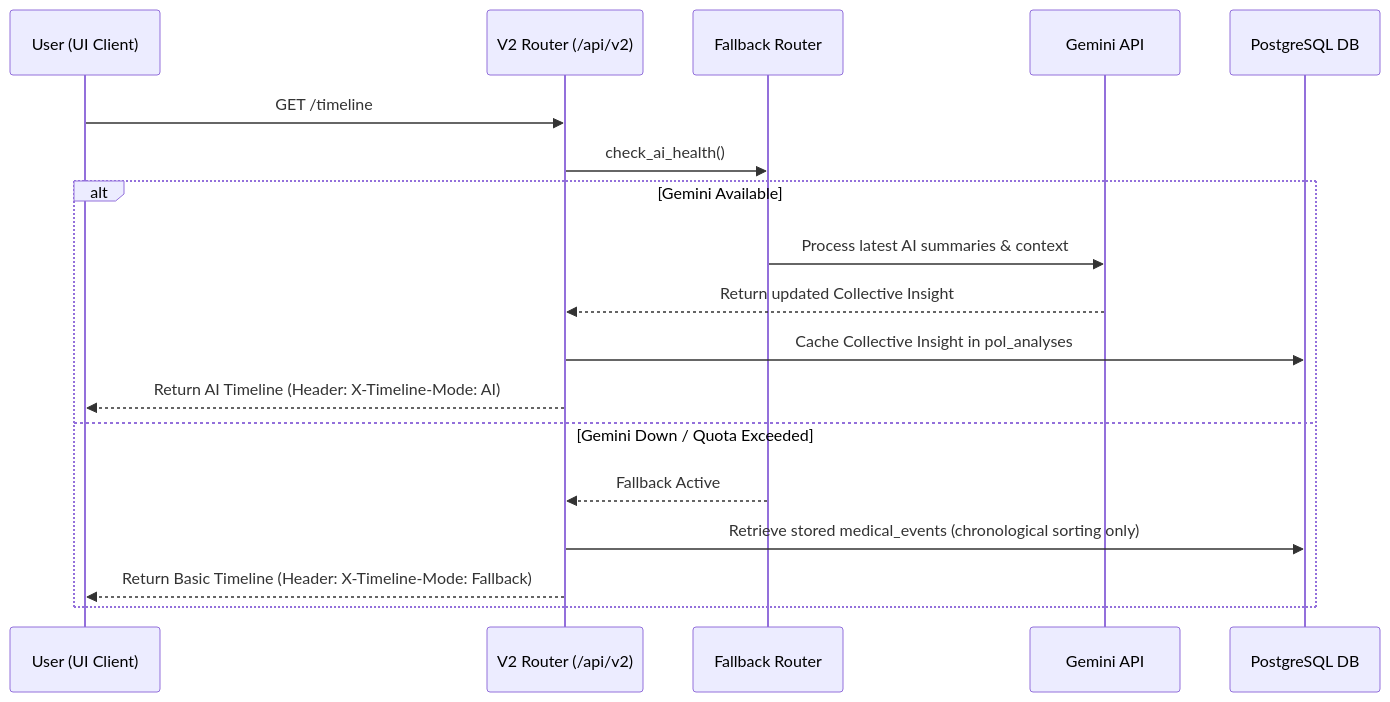
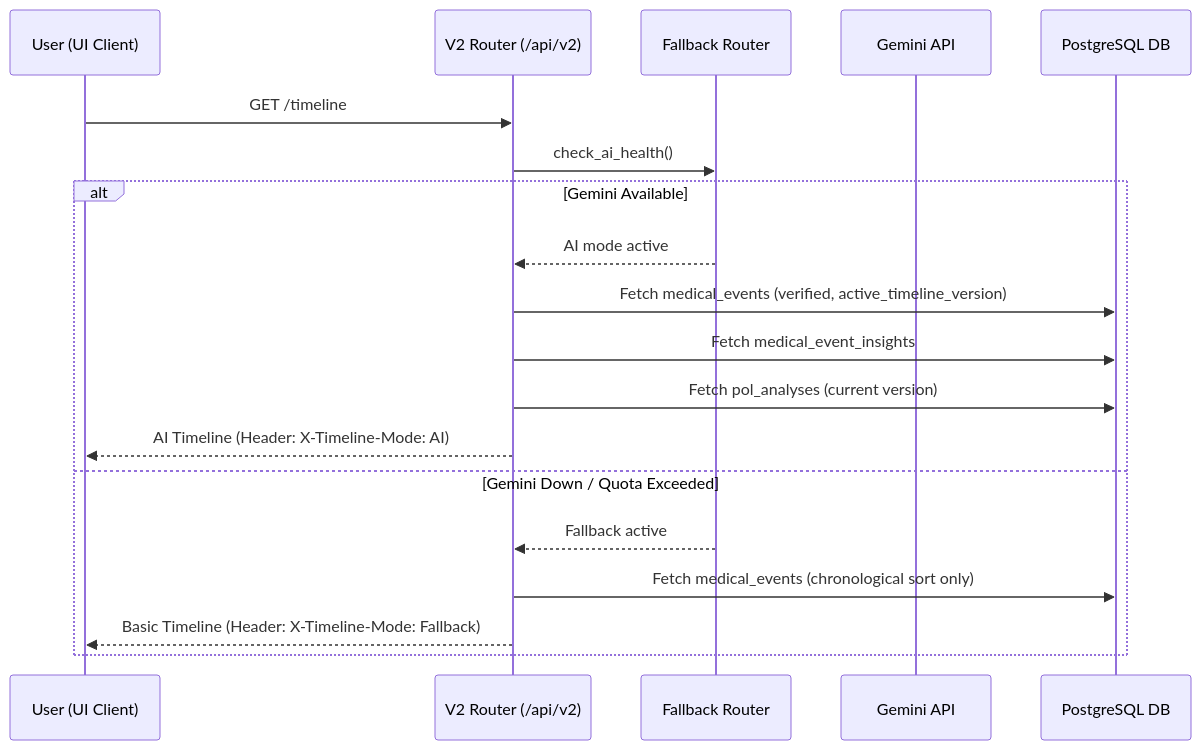
One commit to JannathBarveenR/blogreact changed the third of 4 diagrams in docs/appdocs/ai_timeline.docs/api_dbSpecs_ai_timeline.md. Above: the diagram before and after it, drawn with Mermaid. The commit also changed other lines of this file and 2 other files, not shown here.

Commit message:
updated aitimeline docs v4

````diff
--- a/docs/appdocs/ai_timeline.docs/api_dbSpecs_ai_timeline.md
+++ b/docs/appdocs/ai_timeline.docs/api_dbSpecs_ai_timeline.md
@@ -340,21 +596,22 @@
 ```mermaid
 sequenceDiagram
     participant User as User (UI Client)
     participant V2R as V2 Router (/api/v2)
     participant Fallback as Fallback Router
     participant Gemini as Gemini API
     participant DB as PostgreSQL DB
 
     User->>V2R: GET /timeline
     V2R->>Fallback: check_ai_health()
     alt Gemini Available
-        Fallback->>Gemini: Process latest AI summaries & context
-        Gemini-->>V2R: Return updated Collective Insight
-        V2R->>DB: Cache Collective Insight in pol_analyses
-        V2R-->>User: Return AI Timeline (Header: X-Timeline-Mode: AI)
+        Fallback-->>V2R: AI mode active
+        V2R->>DB: Fetch medical_events (verified, active_timeline_version)
+        V2R->>DB: Fetch medical_event_insights
+        V2R->>DB: Fetch pol_analyses (current version)
+        V2R-->>User: AI Timeline (Header: X-Timeline-Mode: AI)
     else Gemini Down / Quota Exceeded
-        Fallback-->>V2R: Fallback Active
-        V2R->>DB: Retrieve stored medical_events (chronological sorting only)
-        V2R-->>User: Return Basic Timeline (Header: X-Timeline-Mode: Fallback)
+        Fallback-->>V2R: Fallback active
+        V2R->>DB: Fetch medical_events (chronological sort only)
+        V2R-->>User: Basic Timeline (Header: X-Timeline-Mode: Fallback)
     end
 ```
````
